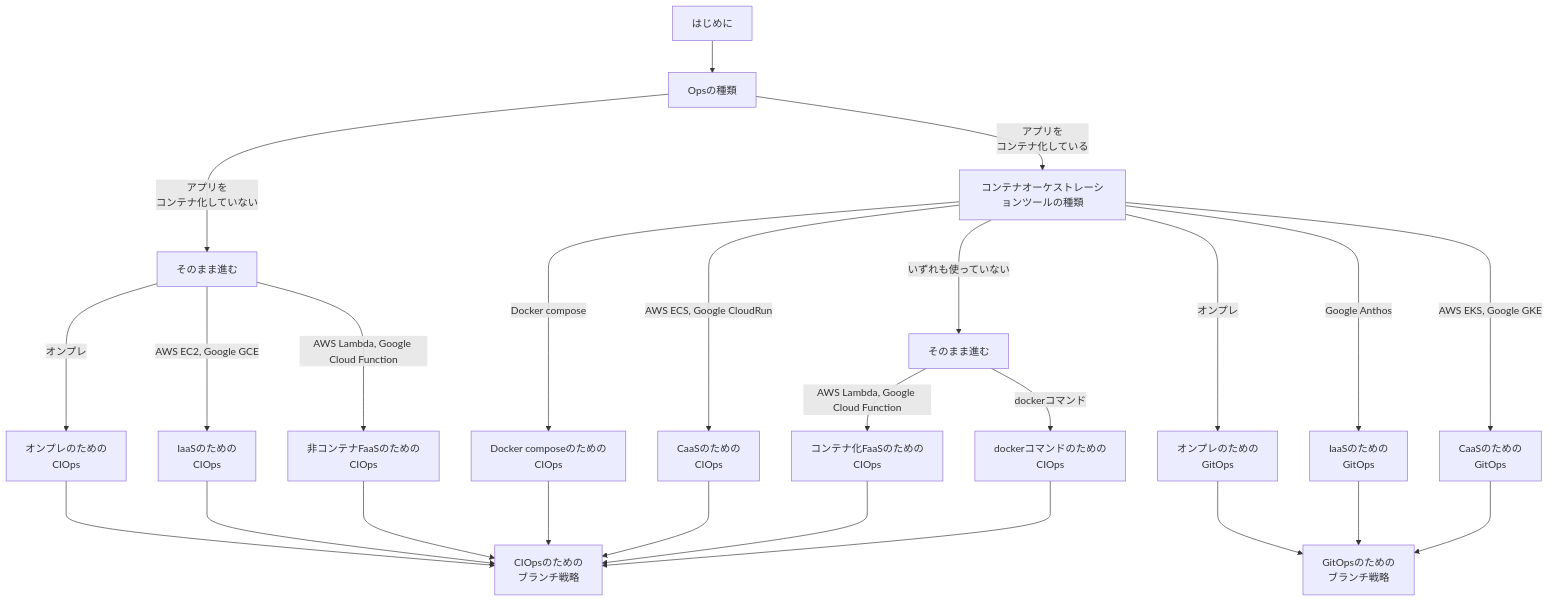
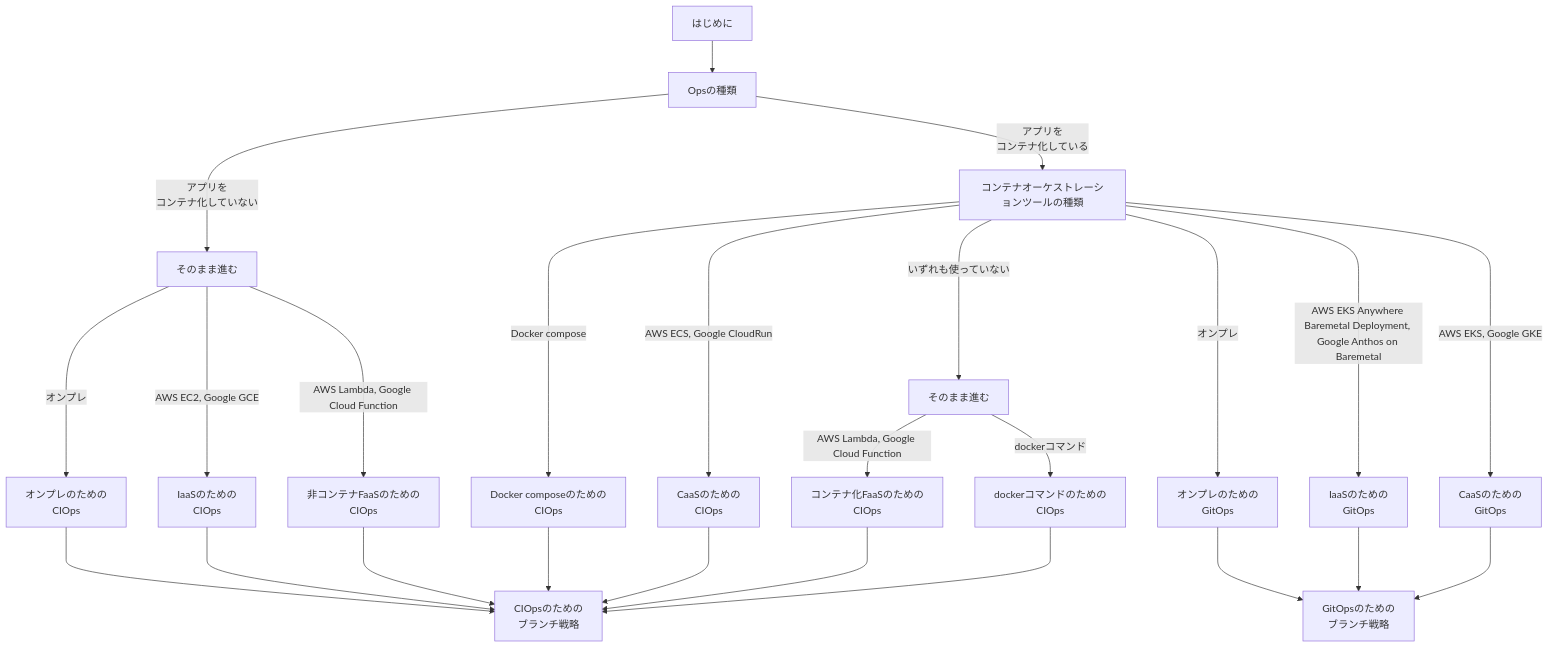
Before and after one commit to hiroki-it/tech-notebook: the diagram in docs/devops/devops.md, drawn with Mermaid. The commit also changed other lines of this file and 184 other files, not shown here.

````diff
--- a/docs/devops/devops.md
+++ b/docs/devops/devops.md
@@ -191,41 +112,41 @@
 ```mermaid
 graph TD;
 A[はじめに] --> B[Opsの種類]
 
 B ---> | アプリを<br>コンテナ化していない | C[そのまま進む]
 B --> | アプリを<br>コンテナ化している | D[コンテナオーケストレーションツールの種類]
 
 C ---> | オンプレ | E[オンプレのための<br>CIOps]
-C ---> | AWS EC2, Google GCE | F[IaaSのための<br>CIOps]
+C ---> | AWS EC2, Google GCE | F["IaaSのための<br>CIOps"]
 C ---> | AWS Lambda, Google Cloud Function | G[非コンテナFaaSのための<br>CIOps]
 
 D ----> | Docker compose  | H[Docker composeのための<br>CIOps]
 D ----> | AWS ECS, Google CloudRun  | I[CaaSのための<br>CIOps]
 D --> | いずれも使っていない | J[そのまま進む]
 D ----> | オンプレ | K[オンプレのための<br>GitOps]
-D ----> | Google Anthos | L[IaaSのための<br>GitOps]
+D ----> | AWS EKS Anywhere Baremetal Deployment, Google Anthos on Baremetal| L[IaaSのための<br>GitOps]
 D ----> | AWS EKS, Google GKE | M[CaaSのための<br>GitOps]
 
 J --> | AWS Lambda, Google Cloud Function | N[コンテナ化FaaSのための<br>CIOps]
 J --> | dockerコマンド | O[dockerコマンドのための<br>CIOps]
 
 E ---> P[CIOpsのための<br>ブランチ戦略]
 
 F ---> P
 
 G ---> P
 
 H ---> P
 
 I ---> P
 
 K ---> Q[GitOpsのための<br>ブランチ戦略]
 
 L ---> Q
 
 M ---> Q
 
 N ---> P
 
 O ---> P
 ```
````
